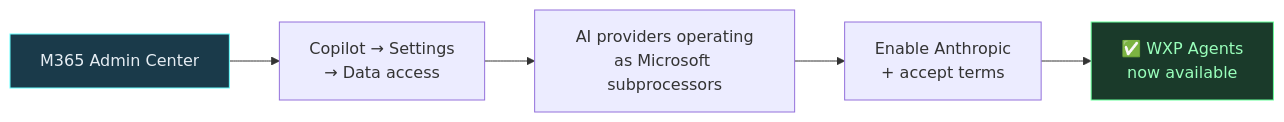
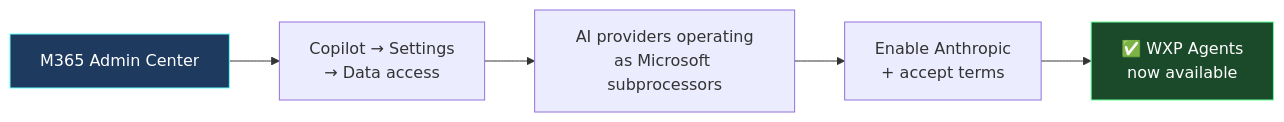
The fifth of 5 diagrams in content/blog/microsoft-365-copilot-chat-april-2026-changes-what-admins-need-to-know.md (susanthgit/aguidetocloud-revamp), drawn with Mermaid before and after one commit. The commit also changed other lines of this file and 1 other file, not shown here.

First line of the commit message:
Fix Mermaid contrast: base theme + white text + brighter fills

````diff
--- a/content/blog/microsoft-365-copilot-chat-april-2026-changes-what-admins-need-to-know.md
+++ b/content/blog/microsoft-365-copilot-chat-april-2026-changes-what-admins-need-to-know.md
@@ -197,9 +197,9 @@
 ```mermaid
 flowchart LR
     A["M365 Admin Center"] --> B["Copilot → Settings\n→ Data access"]
     B --> C["AI providers operating\nas Microsoft subprocessors"]
     C --> D["Enable Anthropic\n+ accept terms"]
     D --> E["✅ WXP Agents\nnow available"]
-    style A fill:#1a3a4a,stroke:#66ffff,color:#e6edf3
-    style E fill:#1a3a2a,stroke:#66ff99,color:#99ffbb
+    style A fill:#1e3a5f,stroke:#66ffff,color:#ffffff
+    style E fill:#1a4a2a,stroke:#66ff99,color:#ffffff
 ```
````
